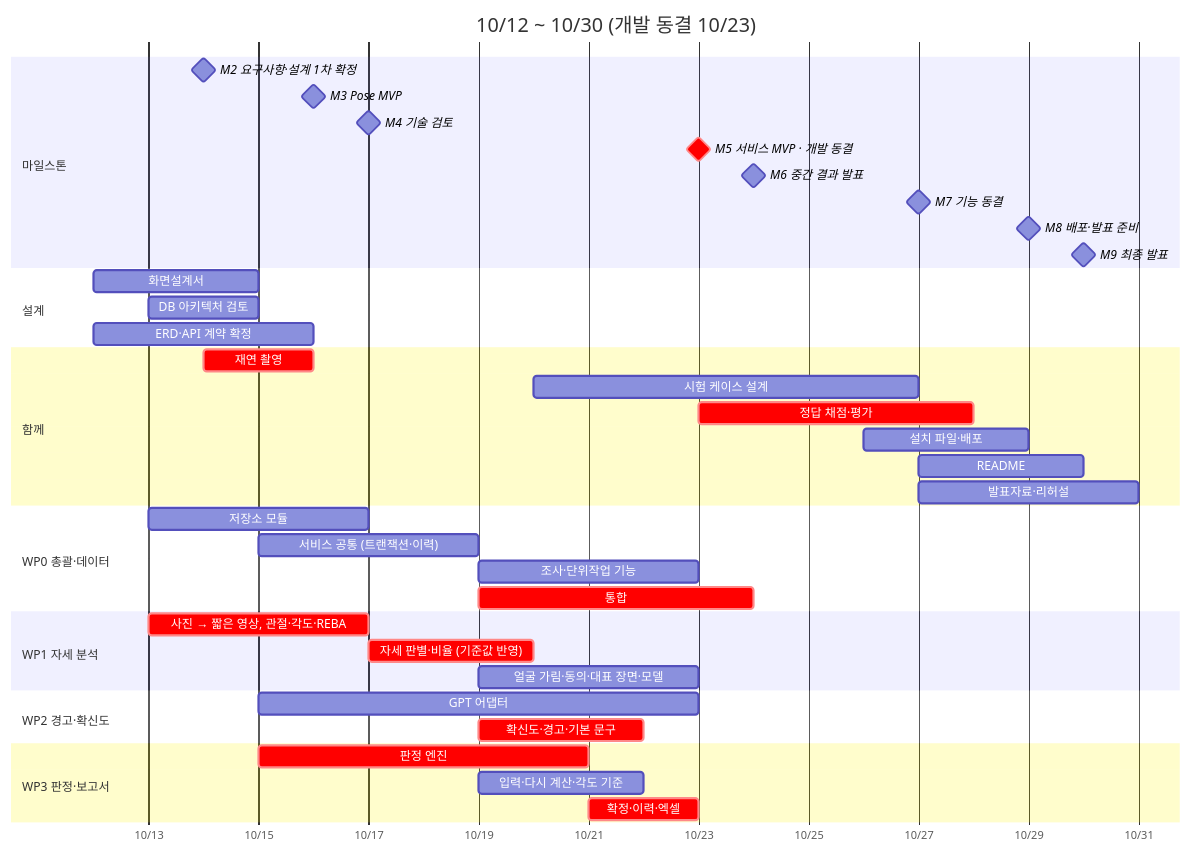
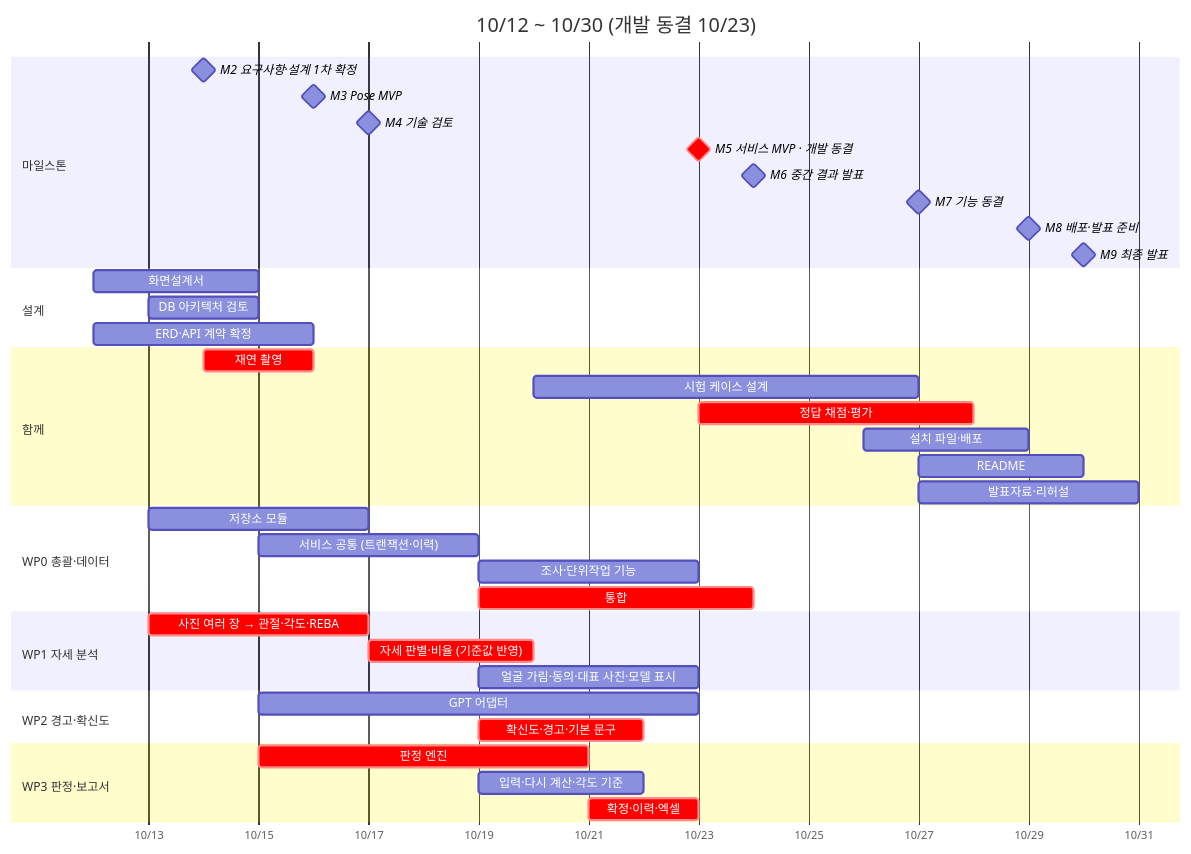
The first of 2 diagrams in docs/일정서.md (LOCO-KOREA/LOCO), drawn with Mermaid before and after one commit. The commit also changed other lines of this file and 72 other files, not shown here.

````diff
--- a/docs/일정서.md
+++ b/docs/일정서.md
@@ -39,43 +40,43 @@
 ```mermaid
 gantt
   title 10/12 ~ 10/30 (개발 동결 10/23)
   dateFormat YYYY-MM-DD
   axisFormat %m/%d
   todayMarker off
   section 마일스톤
   M2 요구사항·설계 1차 확정 :milestone, m2, 2026-10-14, 0d
   M3 Pose MVP :milestone, m3, 2026-10-16, 0d
   M4 기술 검토 :milestone, m4, 2026-10-17, 0d
   M5 서비스 MVP · 개발 동결 :crit, milestone, m5, 2026-10-23, 0d
   M6 중간 결과 발표 :milestone, m6, 2026-10-24, 0d
   M7 기능 동결 :milestone, m7, 2026-10-27, 0d
   M8 배포·발표 준비 :milestone, m8, 2026-10-29, 0d
   M9 최종 발표 :milestone, m9, 2026-10-30, 0d
   section 설계
   화면설계서 :t0, 2026-10-12, 3d
   DB 아키텍처 검토 :t1, 2026-10-13, 2d
   ERD·API 계약 확정 :t2, 2026-10-12, 4d
   section 함께
   재연 촬영 :crit, t3, 2026-10-14, 2d
   시험 케이스 설계 :t4, 2026-10-20, 7d
   정답 채점·평가 :crit, t5, 2026-10-23, 5d
   설치 파일·배포 :t6, 2026-10-26, 3d
   README :t7, 2026-10-27, 3d
   발표자료·리허설 :t8, 2026-10-27, 4d
   section WP0 총괄·데이터
   저장소 모듈 :t9, 2026-10-13, 4d
   서비스 공통 (트랜잭션·이력) :t10, 2026-10-15, 4d
   조사·단위작업 기능 :t11, 2026-10-19, 4d
   통합 :crit, t12, 2026-10-19, 5d
   section WP1 자세 분석
-  사진 → 짧은 영상, 관절·각도·REBA :crit, t13, 2026-10-13, 4d
+  사진 여러 장 → 관절·각도·REBA :crit, t13, 2026-10-13, 4d
   자세 판별·비율 (기준값 반영) :crit, t14, 2026-10-17, 3d
-  얼굴 가림·동의·대표 장면·모델 :t15, 2026-10-19, 4d
+  얼굴 가림·동의·대표 사진·모델 표시 :t15, 2026-10-19, 4d
   section WP2 경고·확신도
   GPT 어댑터 :t16, 2026-10-15, 8d
   확신도·경고·기본 문구 :crit, t17, 2026-10-19, 3d
   section WP3 판정·보고서
   판정 엔진 :crit, t18, 2026-10-15, 6d
   입력·다시 계산·각도 기준 :t19, 2026-10-19, 3d
   확정·이력·엑셀 :crit, t20, 2026-10-21, 2d
 ```
````
